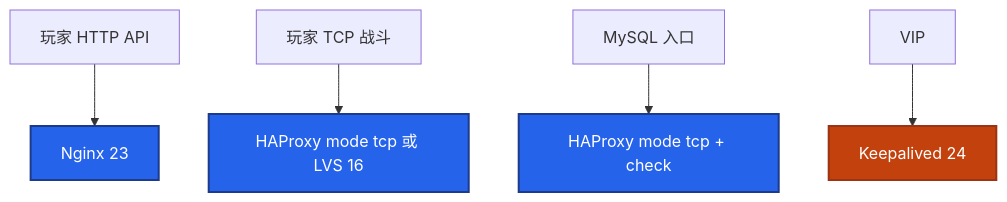
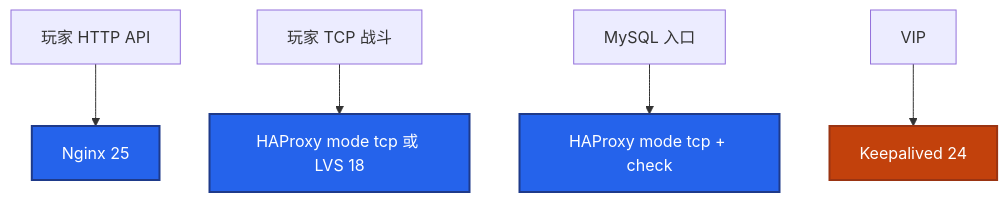
Before and after one commit to ml-cuizijun/LearnToLilith: the first of 2 diagrams in 01-基础底座/20-HAProxy与Keepalived/练习题.md, drawn with Mermaid. The commit also changed other lines of this file and 56 other files, not shown here.

````diff
--- a/01-基础底座/20-HAProxy与Keepalived/练习题.md
+++ b/01-基础底座/20-HAProxy与Keepalived/练习题.md
@@ -46,11 +46,11 @@
 ```mermaid
 flowchart TB
-    a[玩家 HTTP API] --> n[Nginx 23]
-    b[玩家 TCP 战斗] --> h[HAProxy mode tcp 或 LVS 16]
+    a[玩家 HTTP API] --> n[Nginx 25]
+    b[玩家 TCP 战斗] --> h[HAProxy mode tcp 或 LVS 18]
     c[MySQL 入口] --> h2[HAProxy mode tcp + check]
     d[VIP] --> k[Keepalived 24]
     classDef a fill:#2563EB,stroke:#1E3A8A,stroke-width:2px,color:#fff
     classDef b fill:#C2410C,stroke:#9A3412,stroke-width:2px,color:#fff
     class n,h,h2 a
     class k b
 ```
````
